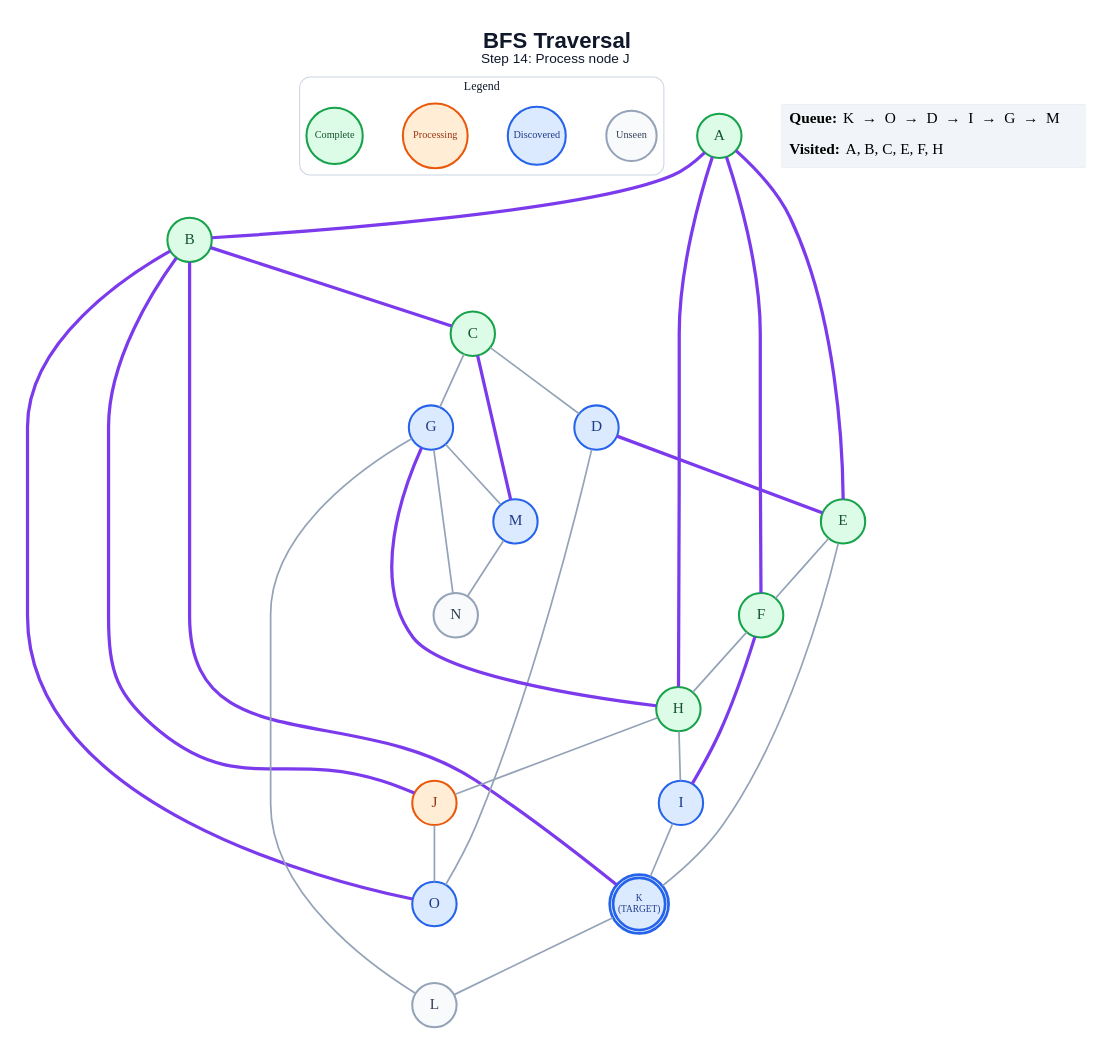
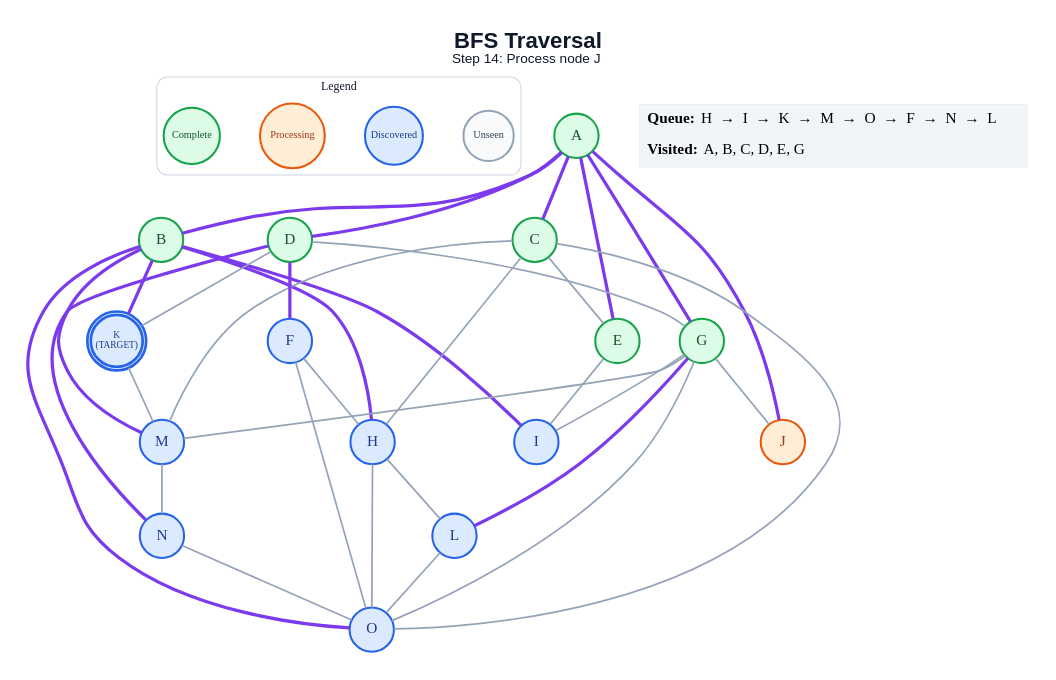
Before and after one commit to anon7238593-create/ai-slop: the diagram in generated/specific-node/bfs/step_14.dot, drawn with Graphviz. The commit also changed 209 other files, not shown here.

```diff
--- a/generated/specific-node/bfs/step_14.dot
+++ b/generated/specific-node/bfs/step_14.dot
@@ -1,61 +1,67 @@
 graph traversal {
   graph [layout=dot, rankdir=TB, bgcolor="#FFFFFF", pad="0.35", nodesep="0.65", ranksep="0.8", fontname="Arial"];
   node [shape=circle, style="filled", fontname="Arial Bold", fontsize=18, width=0.72, fixedsize=true, penwidth=2.4];
   edge [color="#94A3B8", penwidth=2.0];
   label=<<B>BFS Traversal</B><BR/><FONT POINT-SIZE="16">Step 14: Process node J</FONT>>; labelloc="t"; fontsize=26; fontname="Arial"; fontcolor="#0F172A";
   subgraph cluster_legend { label="Legend"; color="#CBD5E1"; penwidth=1.2; style="rounded"; fontsize=14; fontname="Arial Bold";
     key_unseen [label="Unseen", fillcolor="#F8FAFC", color="#94A3B8", fontcolor="#334155", fontsize=12, width=0.82];
     key_frontier [label="Discovered", fillcolor="#DBEAFE", color="#2563EB", fontcolor="#1E3A8A", fontsize=12, width=0.95];
     key_current [label="Processing", fillcolor="#FFEDD5", color="#EA580C", fontcolor="#9A3412", fontsize=12, width=1.05];
     key_done [label="Complete", fillcolor="#DCFCE7", color="#16A34A", fontcolor="#14532D", fontsize=12, width=0.92];
     { rank=same; key_unseen; key_frontier; key_current; key_done; }
   }
   A [label="A", fillcolor="#DCFCE7", color="#16A34A", fontcolor="#14532D", peripheries=1, penwidth=2.4];
   B [label="B", fillcolor="#DCFCE7", color="#16A34A", fontcolor="#14532D", peripheries=1, penwidth=2.4];
   C [label="C", fillcolor="#DCFCE7", color="#16A34A", fontcolor="#14532D", peripheries=1, penwidth=2.4];
-  D [label="D", fillcolor="#DBEAFE", color="#2563EB", fontcolor="#1E3A8A", peripheries=1, penwidth=2.4];
+  D [label="D", fillcolor="#DCFCE7", color="#16A34A", fontcolor="#14532D", peripheries=1, penwidth=2.4];
   E [label="E", fillcolor="#DCFCE7", color="#16A34A", fontcolor="#14532D", peripheries=1, penwidth=2.4];
-  F [label="F", fillcolor="#DCFCE7", color="#16A34A", fontcolor="#14532D", peripheries=1, penwidth=2.4];
-  G [label="G", fillcolor="#DBEAFE", color="#2563EB", fontcolor="#1E3A8A", peripheries=1, penwidth=2.4];
-  H [label="H", fillcolor="#DCFCE7", color="#16A34A", fontcolor="#14532D", peripheries=1, penwidth=2.4];
+  F [label="F", fillcolor="#DBEAFE", color="#2563EB", fontcolor="#1E3A8A", peripheries=1, penwidth=2.4];
+  G [label="G", fillcolor="#DCFCE7", color="#16A34A", fontcolor="#14532D", peripheries=1, penwidth=2.4];
+  H [label="H", fillcolor="#DBEAFE", color="#2563EB", fontcolor="#1E3A8A", peripheries=1, penwidth=2.4];
   I [label="I", fillcolor="#DBEAFE", color="#2563EB", fontcolor="#1E3A8A", peripheries=1, penwidth=2.4];
   J [label="J", fillcolor="#FFEDD5", color="#EA580C", fontcolor="#9A3412", peripheries=1, penwidth=2.4];
   K [label="K\n(TARGET)", fillcolor="#DBEAFE", color="#2563EB", fontcolor="#1E3A8A", peripheries=2, penwidth=3.2, fontsize=11, width=0.85, height=0.85];
-  L [label="L", fillcolor="#F8FAFC", color="#94A3B8", fontcolor="#334155", peripheries=1, penwidth=2.4];
+  L [label="L", fillcolor="#DBEAFE", color="#2563EB", fontcolor="#1E3A8A", peripheries=1, penwidth=2.4];
   M [label="M", fillcolor="#DBEAFE", color="#2563EB", fontcolor="#1E3A8A", peripheries=1, penwidth=2.4];
-  N [label="N", fillcolor="#F8FAFC", color="#94A3B8", fontcolor="#334155", peripheries=1, penwidth=2.4];
+  N [label="N", fillcolor="#DBEAFE", color="#2563EB", fontcolor="#1E3A8A", peripheries=1, penwidth=2.4];
   O [label="O", fillcolor="#DBEAFE", color="#2563EB", fontcolor="#1E3A8A", peripheries=1, penwidth=2.4];
   A -- B [color="#7C3AED", penwidth=3.8];
+  A -- C [color="#7C3AED", penwidth=3.8];
+  A -- D [color="#7C3AED", penwidth=3.8];
   A -- E [color="#7C3AED", penwidth=3.8];
-  A -- F [color="#7C3AED", penwidth=3.8];
-  A -- H [color="#7C3AED", penwidth=3.8];
-  B -- C [color="#7C3AED", penwidth=3.8];
-  B -- J [color="#7C3AED", penwidth=3.8];
+  A -- G [color="#7C3AED", penwidth=3.8];
+  A -- J [color="#7C3AED", penwidth=3.8];
+  B -- H [color="#7C3AED", penwidth=3.8];
+  B -- I [color="#7C3AED", penwidth=3.8];
   B -- K [color="#7C3AED", penwidth=3.8];
+  B -- M [color="#7C3AED", penwidth=3.8];
   B -- O [color="#7C3AED", penwidth=3.8];
-  C -- D;
-  C -- G;
-  C -- M [color="#7C3AED", penwidth=3.8];
-  D -- E [color="#7C3AED", penwidth=3.8];
-  D -- O;
-  E -- F;
-  E -- K;
+  C -- E;
+  C -- H;
+  C -- M;
+  C -- O;
+  D -- F [color="#7C3AED", penwidth=3.8];
+  D -- G;
+  D -- K;
+  D -- N [color="#7C3AED", penwidth=3.8];
+  E -- I;
   F -- H;
-  F -- I [color="#7C3AED", penwidth=3.8];
-  G -- H [color="#7C3AED", penwidth=3.8];
-  G -- L;
+  F -- O;
+  G -- I;
+  G -- J;
+  G -- L [color="#7C3AED", penwidth=3.8];
   G -- M;
-  G -- N;
-  H -- I;
-  H -- J;
-  I -- K;
-  J -- O;
-  K -- L;
+  G -- O;
+  H -- L;
+  H -- O;
+  K -- M;
+  L -- O;
   M -- N;
+  N -- O;
   status [shape=plain, fixedsize=false, width=0, height=0, margin=0, label=<
     <TABLE BORDER="0" CELLBORDER="0" CELLPADDING="7" BGCOLOR="#F1F5F9">
-      <TR><TD ALIGN="LEFT"><B>Queue:</B> K  →  O  →  D  →  I  →  G  →  M</TD></TR>
-      <TR><TD ALIGN="LEFT"><B>Visited:</B> A, B, C, E, F, H</TD></TR>
+      <TR><TD ALIGN="LEFT"><B>Queue:</B> H  →  I  →  K  →  M  →  O  →  F  →  N  →  L</TD></TR>
+      <TR><TD ALIGN="LEFT"><B>Visited:</B> A, B, C, D, E, G</TD></TR>
     </TABLE>
   >];
 }
```
